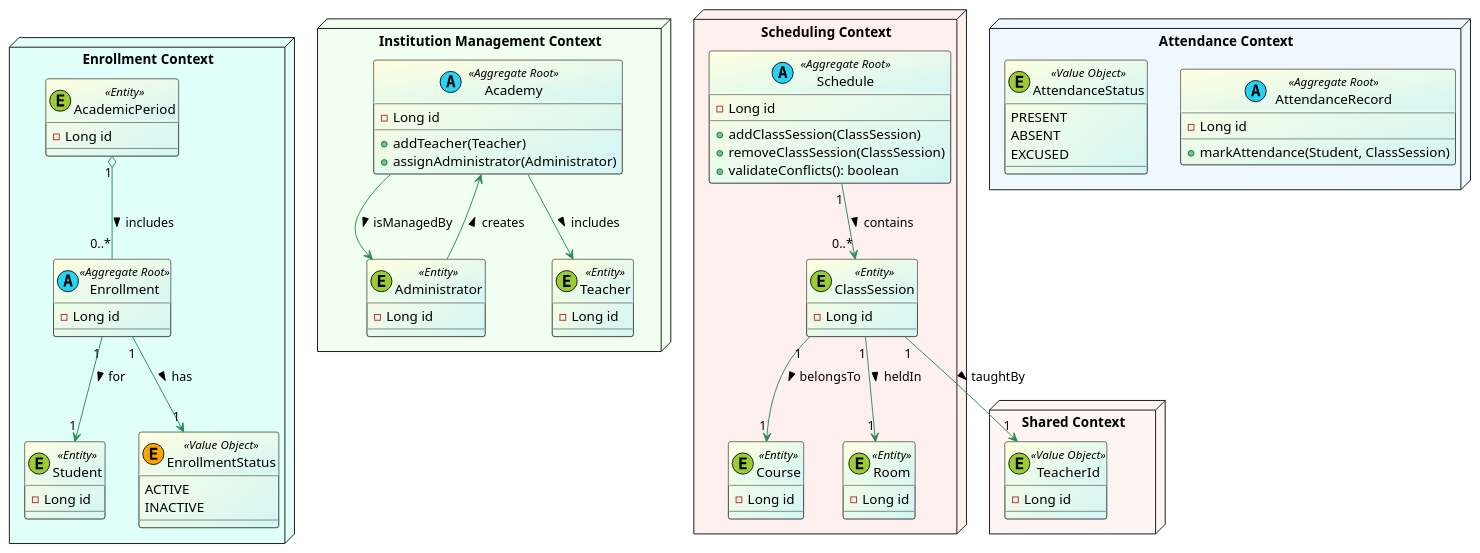
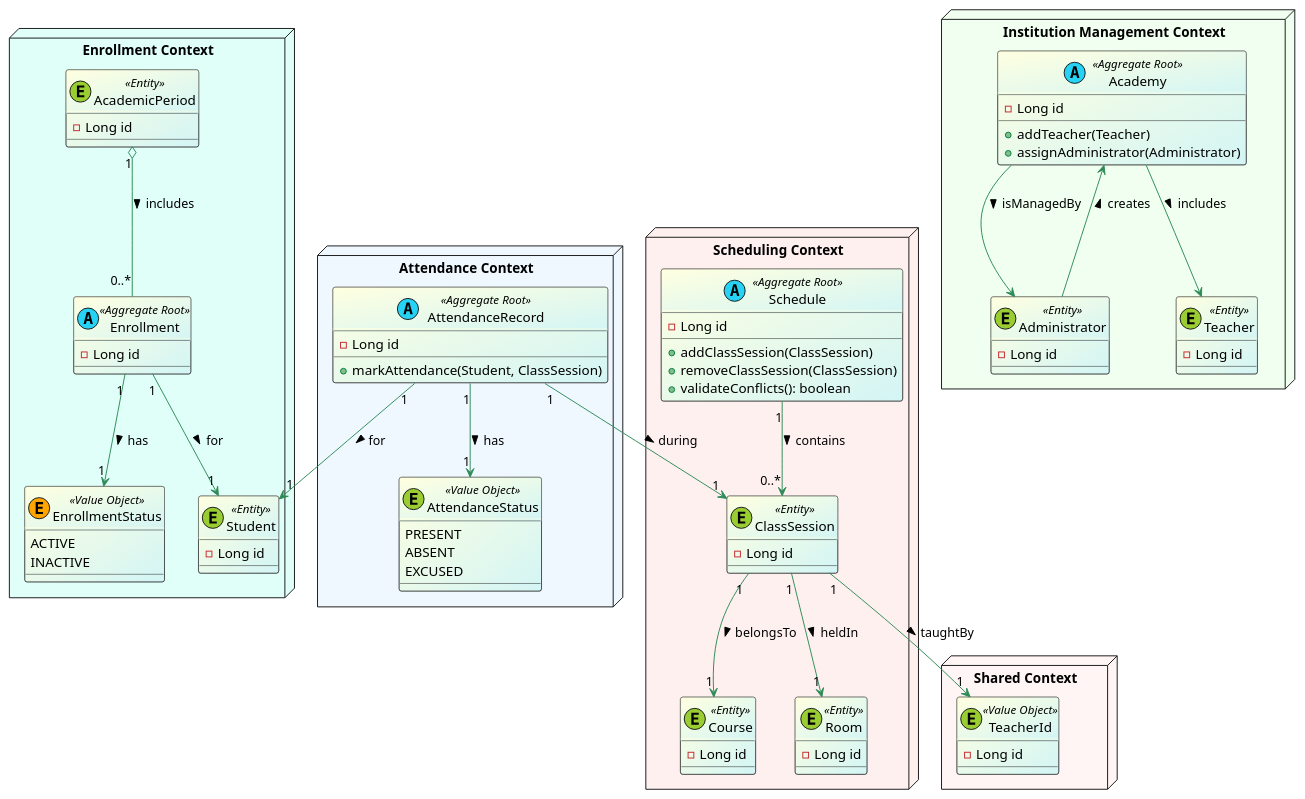
Before and after one commit to demy-project/api: the diagram in docs/domain-diagram.puml, drawn with PlantUML.

Commit message:
docs: add relationships for AttendanceRecord with Student, ClassSession, and AttendanceStatus

```diff
--- a/docs/domain-diagram.puml
+++ b/docs/domain-diagram.puml
@@ -1,94 +1,98 @@
 @startuml Demy Domain Diagram
 
 skinparam class {
     BackgroundColor LightYellow/D3F5F5
     ArrowColor SeaGreen
 }
 
 package "Enrollment Context" <<Node>> #E0FFF9 {
     class Enrollment <<(A, #27D3F5) Aggregate Root>> {
         - Long id
     }
     class Student <<(E, #9ACD32) Entity>> {
         - Long id
     }
     enum EnrollmentStatus <<(E, #FFA500) Value Object>> {
         ACTIVE
         INACTIVE
     }
     class AcademicPeriod <<(E, #9ACD32) Entity>> {
         - Long id
     }
     ' Relationships
     Enrollment "1" --> "1" Student : for >
     AcademicPeriod "1" o-- "0..*" Enrollment : includes >
     Enrollment "1" --> "1" EnrollmentStatus : has >
 }
 
 package "Institution Management Context" <<Node>> #F0FFF0 {
     class Academy <<(A, #27D3F5) Aggregate Root>> {
         - Long id
         + addTeacher(Teacher)
         + assignAdministrator(Administrator)
     }
     class Administrator <<(E, #9ACD32) Entity>> {
         - Long id
     }
 
     class Teacher <<(E, #9ACD32) Entity>> {
         - Long id
     }
     ' Relationships
     Administrator --> Academy : creates >
     Academy --> Administrator : isManagedBy >
     Academy --> Teacher : includes >
 }
 
 package "Scheduling Context" <<Node>> #FFF0F0 {
     class Schedule <<(A, #27D3F5) Aggregate Root>> {
         - Long id
         + addClassSession(ClassSession)
         + removeClassSession(ClassSession)
         + validateConflicts(): boolean
     }
 
     class ClassSession <<(E, #9ACD32) Entity>> {
         - Long id
     }
 
     class Course <<(E, #9ACD32) Entity>> {
         - Long id
     }
 
     class Room <<(E, #9ACD32)Entity>> {
         - Long id
     }
 
     ' Relationships
     Schedule "1" --> "0..*" ClassSession : contains >
     ClassSession "1" --> "1" Course : belongsTo >
     ClassSession "1" --> "1" Room : heldIn >
 }
 
 package "Attendance Context" <<Node>> #F0F8FF {
     class AttendanceRecord <<(A, #27D3F5) Aggregate Root>> {
         - Long id
         + markAttendance(Student, ClassSession)
     }
     class AttendanceStatus <<(E, #9ACD32) Value Object>> {
         PRESENT
         ABSENT
         EXCUSED
     }
+    ' Relationships
+    AttendanceRecord "1" --> "1" Student : for >
+    AttendanceRecord "1" --> "1" ClassSession : during >
+    AttendanceRecord "1" --> "1" AttendanceStatus : has >
 }
 
 package "Shared Context" as sc <<Node>> #FFF5F5 {
     class TeacherId <<(E, #9ACD32) Value Object>> {
         - Long id
     }
 }
 
 ' Define relationships between contexts
 ClassSession "1" --> "1" TeacherId : taughtBy >
 
 @enduml
```
